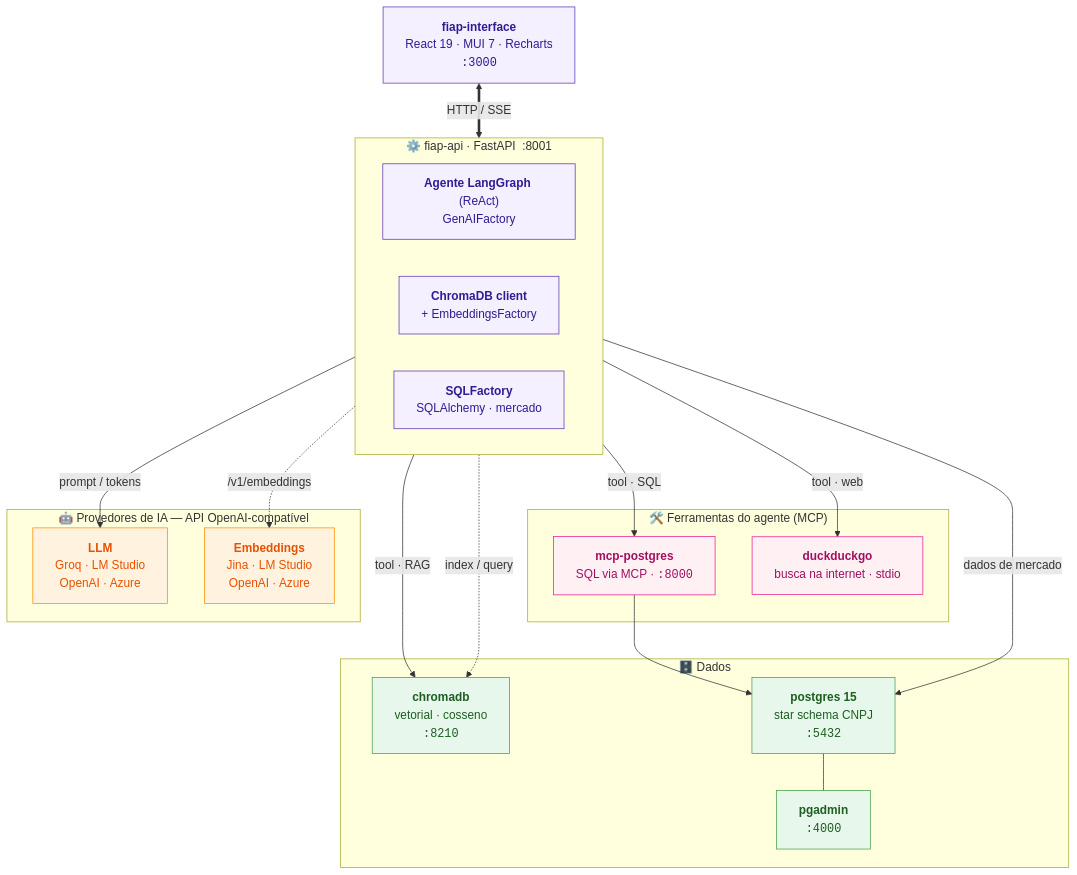
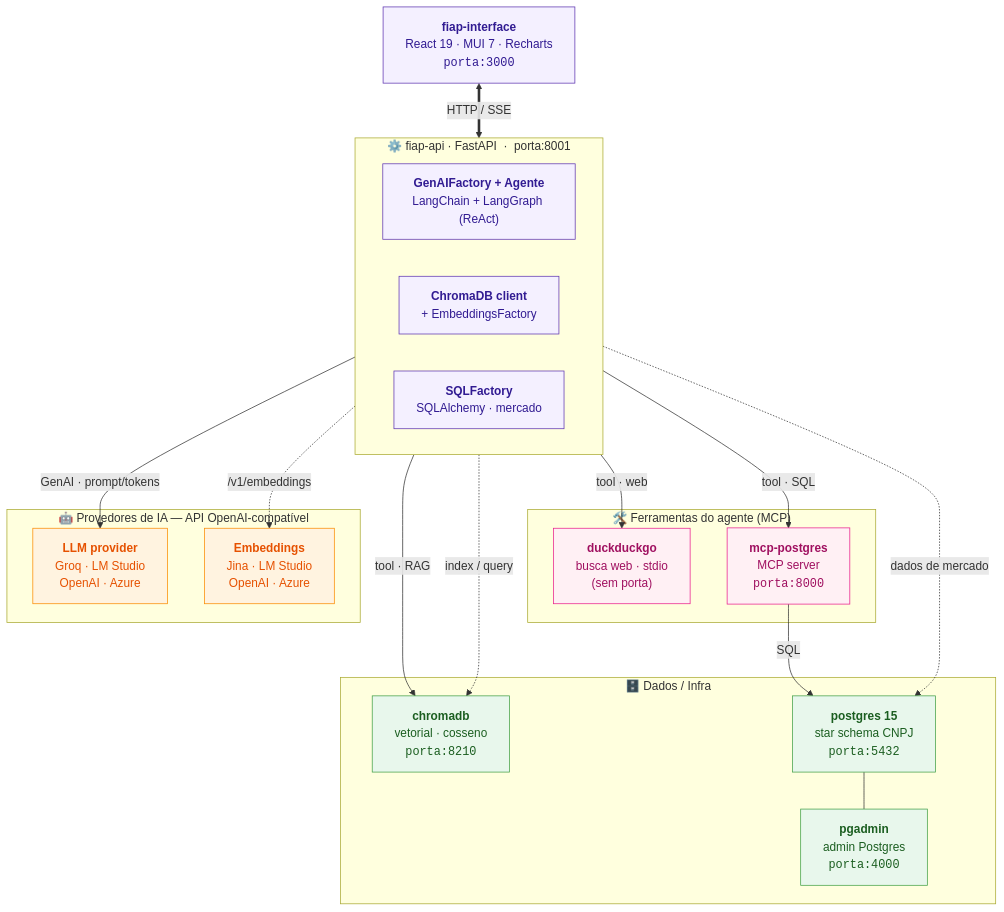
One commit to rodrigo-mendonca/FIAPTCC changed the diagram in README.md. Above: the diagram before and after it, drawn with Mermaid. The commit also changed other lines of this file and 1 other file, not shown here.

Commit message:
Atualização

````diff
--- a/README.md
+++ b/README.md
@@ -68,49 +68,49 @@
 ```mermaid
 flowchart TB
-    UI["<b>fiap-interface</b><br/>React 19 · MUI 7 · Recharts<br/><code>:3000</code>"]
+    UI["<b>fiap-interface</b><br/>React 19 · MUI 7 · Recharts<br/><code>porta:3000</code>"]
 
-    subgraph api["⚙️ fiap-api · FastAPI &nbsp;:8001"]
+    subgraph api["⚙️ fiap-api · FastAPI &nbsp;·&nbsp; porta:8001"]
         direction LR
-        AGENT["<b>Agente LangGraph</b> (ReAct)<br/>GenAIFactory"]
+        AGENT["<b>GenAIFactory + Agente</b><br/>LangChain + LangGraph (ReAct)"]
         CHCLI["<b>ChromaDB client</b><br/>+ EmbeddingsFactory"]
         SQLF["<b>SQLFactory</b><br/>SQLAlchemy · mercado"]
     end
 
     subgraph tools["🛠️ Ferramentas do agente (MCP)"]
-        MCP["<b>mcp-postgres</b><br/>SQL via MCP · <code>:8000</code>"]
-        DDG["<b>duckduckgo</b><br/>busca na internet · stdio"]
+        DDG["<b>duckduckgo</b><br/>busca web · stdio<br/>(sem porta)"]
+        MCP["<b>mcp-postgres</b><br/>MCP server<br/><code>porta:8000</code>"]
     end
 
     subgraph ia["🤖 Provedores de IA — API OpenAI-compatível"]
-        LLM["<b>LLM</b><br/>Groq · LM Studio<br/>OpenAI · Azure"]
+        LLM["<b>LLM provider</b><br/>Groq · LM Studio<br/>OpenAI · Azure"]
         EMB["<b>Embeddings</b><br/>Jina · LM Studio<br/>OpenAI · Azure"]
     end
 
-    subgraph dados["🗄️ Dados"]
-        CH["<b>chromadb</b><br/>vetorial · cosseno<br/><code>:8210</code>"]
-        PG["<b>postgres 15</b><br/>star schema CNPJ<br/><code>:5432</code>"]
-        PGA["<b>pgadmin</b><br/><code>:4000</code>"]
+    subgraph dados["🗄️ Dados / Infra"]
+        CH["<b>chromadb</b><br/>vetorial · cosseno<br/><code>porta:8210</code>"]
+        PG["<b>postgres 15</b><br/>star schema CNPJ<br/><code>porta:5432</code>"]
+        PGA["<b>pgadmin</b><br/>admin Postgres<br/><code>porta:4000</code>"]
     end
 
     UI <==>|"HTTP / SSE"| api
 
-    AGENT -->|"prompt / tokens"| LLM
+    AGENT -->|"GenAI · prompt/tokens"| LLM
+    AGENT -->|"tool · web"| DDG
     AGENT -->|"tool · SQL"| MCP
-    AGENT -->|"tool · web"| DDG
     AGENT -->|"tool · RAG"| CH
     CHCLI -.->|"index / query"| CH
     CHCLI -.->|"/v1/embeddings"| EMB
-    SQLF -->|"dados de mercado"| PG
-    MCP --> PG
+    SQLF -.->|"dados de mercado"| PG
+    MCP -->|"SQL"| PG
     PG --- PGA
 
     classDef bk fill:#f4f0ff,stroke:#5e35b1,color:#311b92;
     classDef tl fill:#fff0f4,stroke:#e91e8c,color:#a01060;
     classDef aip fill:#fff3e0,stroke:#fb8c00,color:#e65100;
     classDef dt fill:#e8f7ec,stroke:#43a047,color:#1b5e20;
     class UI bk;
     class AGENT,CHCLI,SQLF bk;
     class MCP,DDG tl;
     class LLM,EMB aip;
     class CH,PG,PGA dt;
 ```
````
